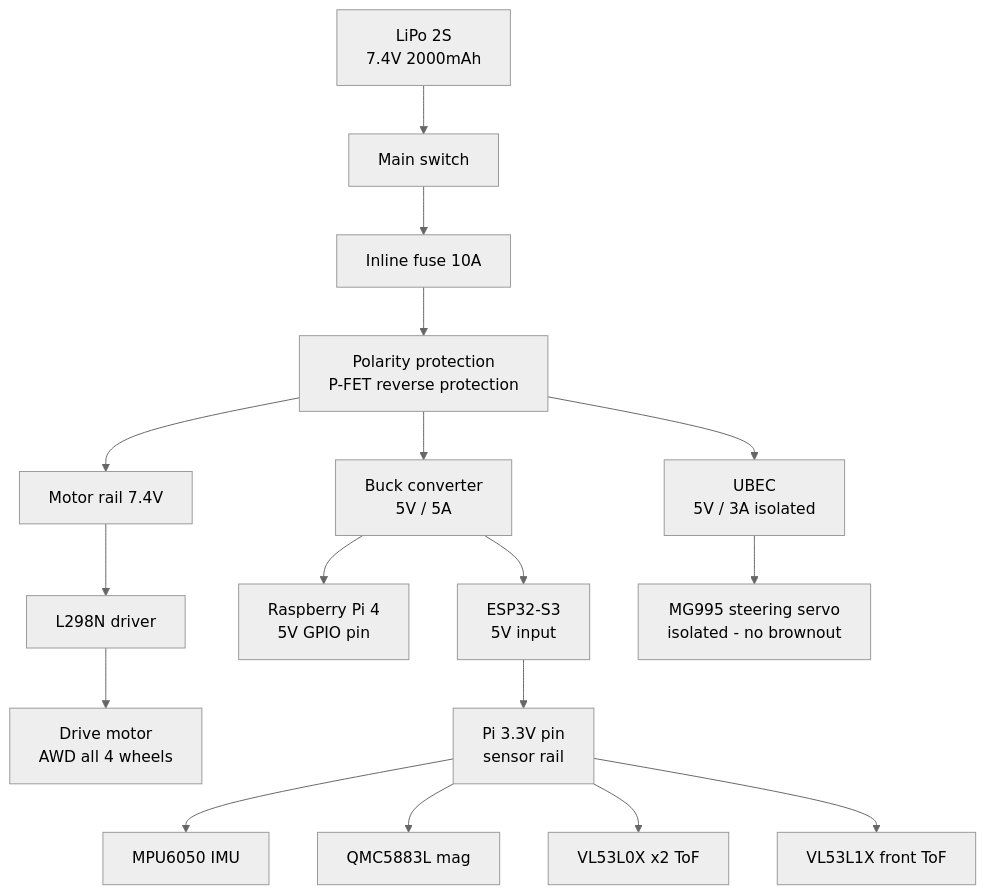
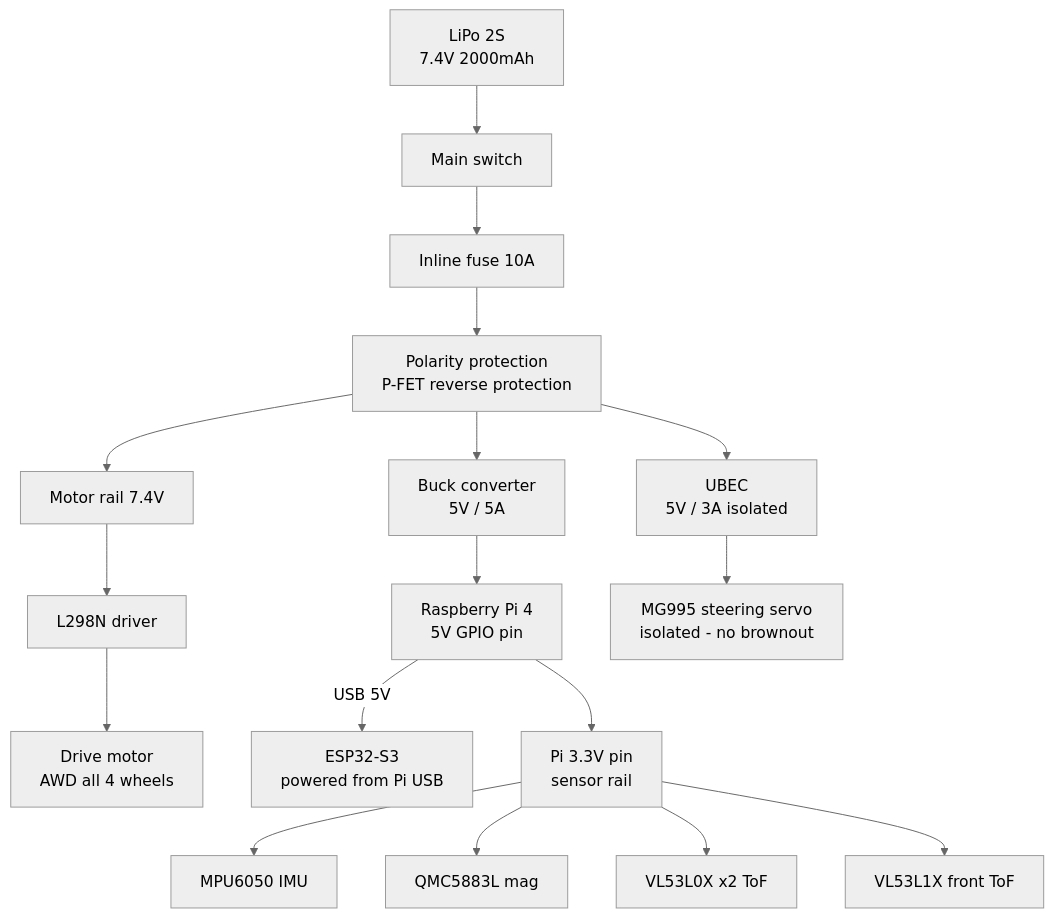
One commit to SHRUT6633/World_robot_olympiad changed the first of 3 diagrams in docs/power/POWER_DISTRIBUTION.md. Above: the diagram before and after it, drawn with Mermaid (neutral theme). The commit also changed other lines of this file and 12 other files, not shown here.

Commit message:
docs: ESP32 powered via Pi USB, add ESP32 burn history and component datasheets

````diff
--- a/docs/power/POWER_DISTRIBUTION.md
+++ b/docs/power/POWER_DISTRIBUTION.md
@@ -35,19 +35,19 @@
 ```mermaid
 flowchart TD
     BAT[LiPo 2S<br/>7.4V 2000mAh] --> SW[Main switch]
     SW --> FUSE[Inline fuse 10A]
     FUSE --> PD[Polarity protection<br/>P-FET reverse protection]
     PD --> MOTOR_RAIL[Motor rail 7.4V]
     PD --> BUCK5[Buck converter<br/>5V / 5A]
     PD --> UBEC[UBEC<br/>5V / 3A isolated]
     MOTOR_RAIL --> L298N[L298N driver]
     L298N --> M1[Drive motor<br/>AWD all 4 wheels]
     BUCK5 --> PI[Raspberry Pi 4<br/>5V GPIO pin]
-    BUCK5 --> ESP[ESP32-S3<br/>5V input]
-    ESP --> P33[Pi 3.3V pin<br/>sensor rail]
+    PI -- USB 5V --> ESP[ESP32-S3<br/>powered from Pi USB]
+    PI --> P33[Pi 3.3V pin<br/>sensor rail]
     P33 --> S1[MPU6050 IMU]
     P33 --> S2[QMC5883L mag]
     P33 --> S3[VL53L0X x2 ToF]
     P33 --> S4[VL53L1X front ToF]
     UBEC --> SERVO[MG995 steering servo<br/>isolated - no brownout]
 ```
````
